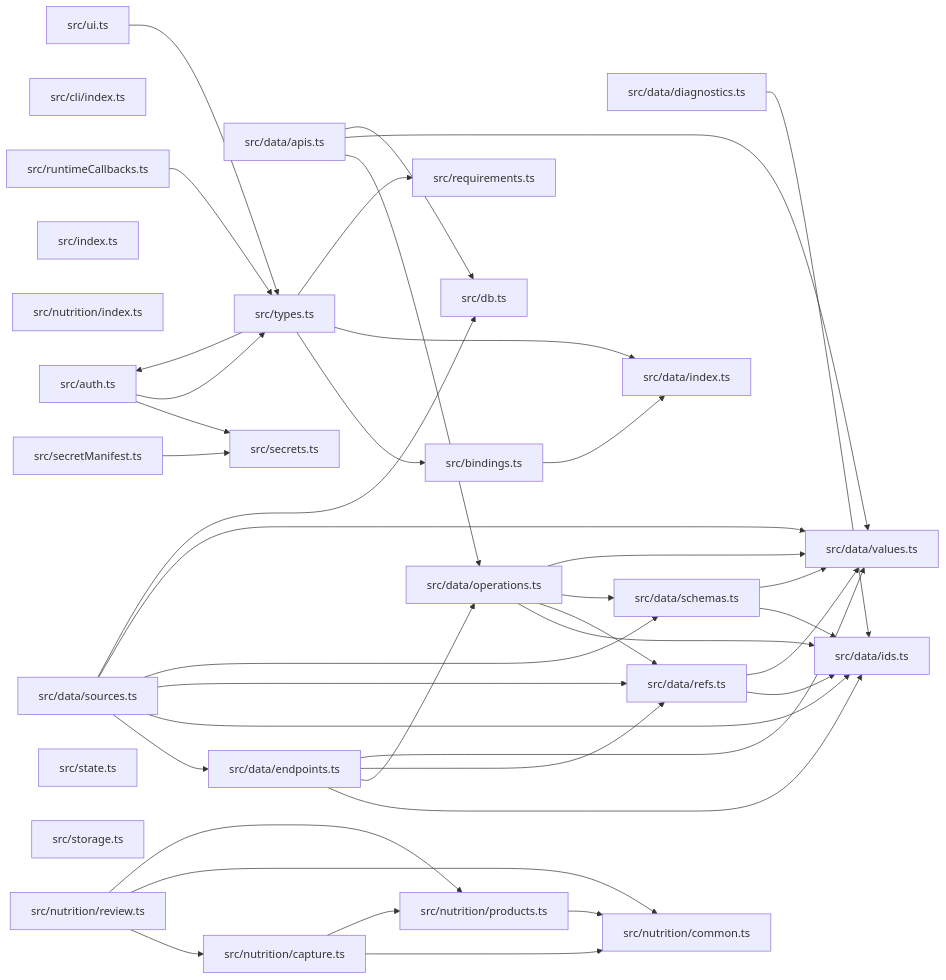
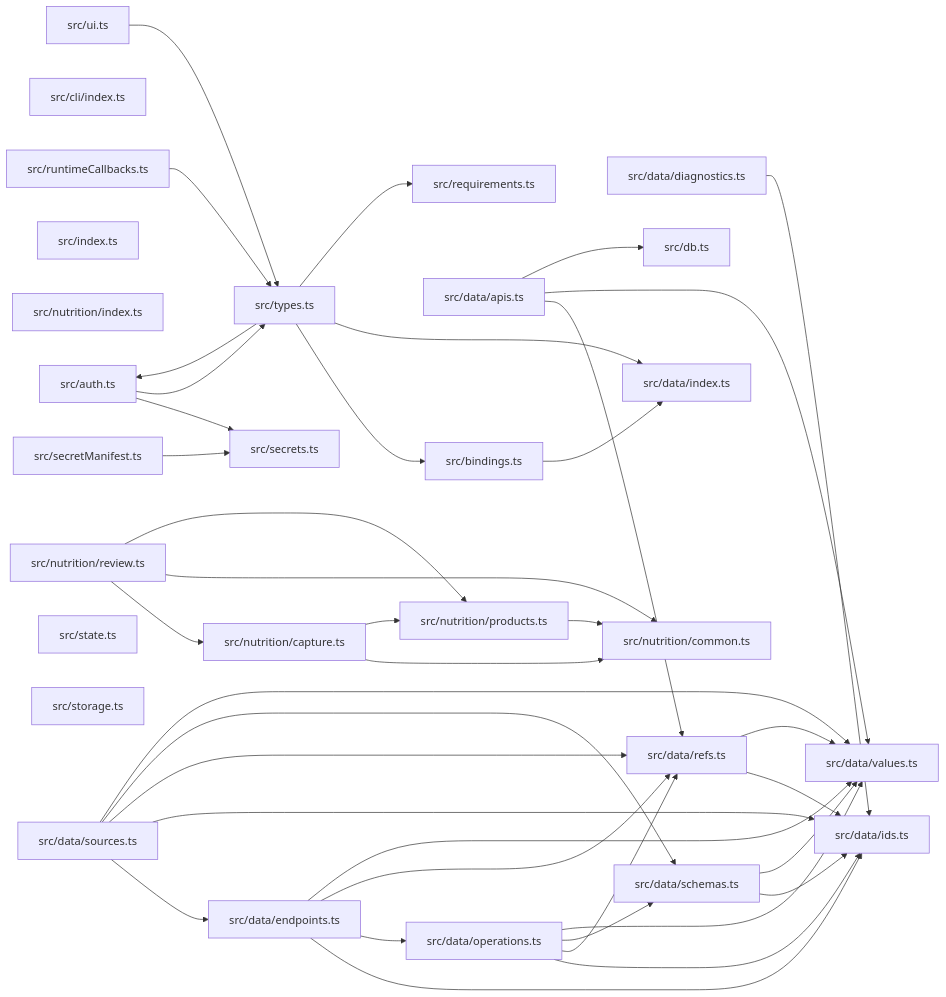
One commit to ankhorage/contracts changed the diagram in paradox/diagrams/module-relationships.mmd. Above: the diagram before and after it, drawn with Mermaid. The commit also changed 17 other files, not shown here.

```diff
--- a/paradox/diagrams/module-relationships.mmd
+++ b/paradox/diagrams/module-relationships.mmd
@@ -1,67 +1,66 @@
 graph LR
   module_src_auth_ts["src/auth.ts"]
   module_src_bindings_ts["src/bindings.ts"]
   module_src_cli_index_ts["src/cli/index.ts"]
   module_src_data_apis_ts["src/data/apis.ts"]
   module_src_data_diagnostics_ts["src/data/diagnostics.ts"]
   module_src_data_endpoints_ts["src/data/endpoints.ts"]
   module_src_data_ids_ts["src/data/ids.ts"]
   module_src_data_index_ts["src/data/index.ts"]
   module_src_data_operations_ts["src/data/operations.ts"]
   module_src_data_refs_ts["src/data/refs.ts"]
   module_src_data_schemas_ts["src/data/schemas.ts"]
   module_src_data_sources_ts["src/data/sources.ts"]
   module_src_data_values_ts["src/data/values.ts"]
   module_src_db_ts["src/db.ts"]
   module_src_index_ts["src/index.ts"]
   module_src_nutrition_capture_ts["src/nutrition/capture.ts"]
   module_src_nutrition_common_ts["src/nutrition/common.ts"]
   module_src_nutrition_index_ts["src/nutrition/index.ts"]
   module_src_nutrition_products_ts["src/nutrition/products.ts"]
   module_src_nutrition_review_ts["src/nutrition/review.ts"]
   module_src_requirements_ts["src/requirements.ts"]
   module_src_runtimeCallbacks_ts["src/runtimeCallbacks.ts"]
   module_src_secretManifest_ts["src/secretManifest.ts"]
   module_src_secrets_ts["src/secrets.ts"]
   module_src_state_ts["src/state.ts"]
   module_src_storage_ts["src/storage.ts"]
   module_src_types_ts["src/types.ts"]
   module_src_ui_ts["src/ui.ts"]
   module_src_auth_ts --> module_src_secrets_ts
   module_src_auth_ts --> module_src_types_ts
   module_src_bindings_ts --> module_src_data_index_ts
-  module_src_data_apis_ts --> module_src_data_operations_ts
+  module_src_data_apis_ts --> module_src_data_refs_ts
   module_src_data_apis_ts --> module_src_data_values_ts
   module_src_data_apis_ts --> module_src_db_ts
   module_src_data_diagnostics_ts --> module_src_data_ids_ts
   module_src_data_endpoints_ts --> module_src_data_ids_ts
   module_src_data_endpoints_ts --> module_src_data_operations_ts
   module_src_data_endpoints_ts --> module_src_data_refs_ts
   module_src_data_endpoints_ts --> module_src_data_values_ts
   module_src_data_operations_ts --> module_src_data_ids_ts
   module_src_data_operations_ts --> module_src_data_refs_ts
   module_src_data_operations_ts --> module_src_data_schemas_ts
   module_src_data_operations_ts --> module_src_data_values_ts
   module_src_data_refs_ts --> module_src_data_ids_ts
   module_src_data_refs_ts --> module_src_data_values_ts
   module_src_data_schemas_ts --> module_src_data_ids_ts
   module_src_data_schemas_ts --> module_src_data_values_ts
   module_src_data_sources_ts --> module_src_data_endpoints_ts
   module_src_data_sources_ts --> module_src_data_ids_ts
   module_src_data_sources_ts --> module_src_data_refs_ts
   module_src_data_sources_ts --> module_src_data_schemas_ts
   module_src_data_sources_ts --> module_src_data_values_ts
-  module_src_data_sources_ts --> module_src_db_ts
   module_src_nutrition_capture_ts --> module_src_nutrition_common_ts
   module_src_nutrition_capture_ts --> module_src_nutrition_products_ts
   module_src_nutrition_products_ts --> module_src_nutrition_common_ts
   module_src_nutrition_review_ts --> module_src_nutrition_capture_ts
   module_src_nutrition_review_ts --> module_src_nutrition_common_ts
   module_src_nutrition_review_ts --> module_src_nutrition_products_ts
   module_src_runtimeCallbacks_ts --> module_src_types_ts
   module_src_secretManifest_ts --> module_src_secrets_ts
   module_src_types_ts --> module_src_auth_ts
   module_src_types_ts --> module_src_bindings_ts
   module_src_types_ts --> module_src_data_index_ts
   module_src_types_ts --> module_src_requirements_ts
   module_src_ui_ts --> module_src_types_ts
```
